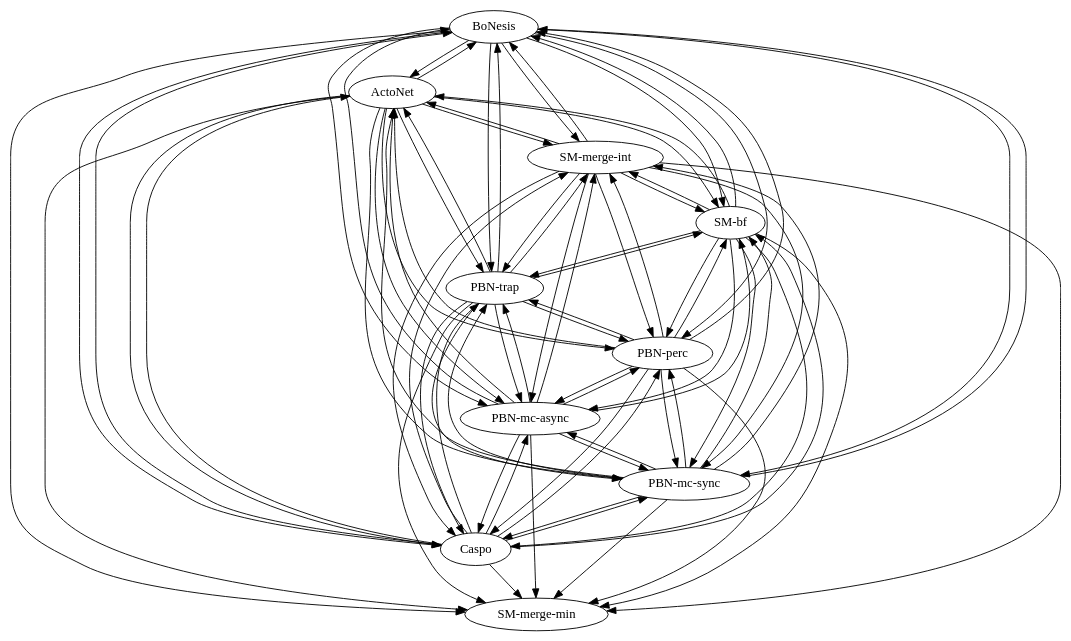
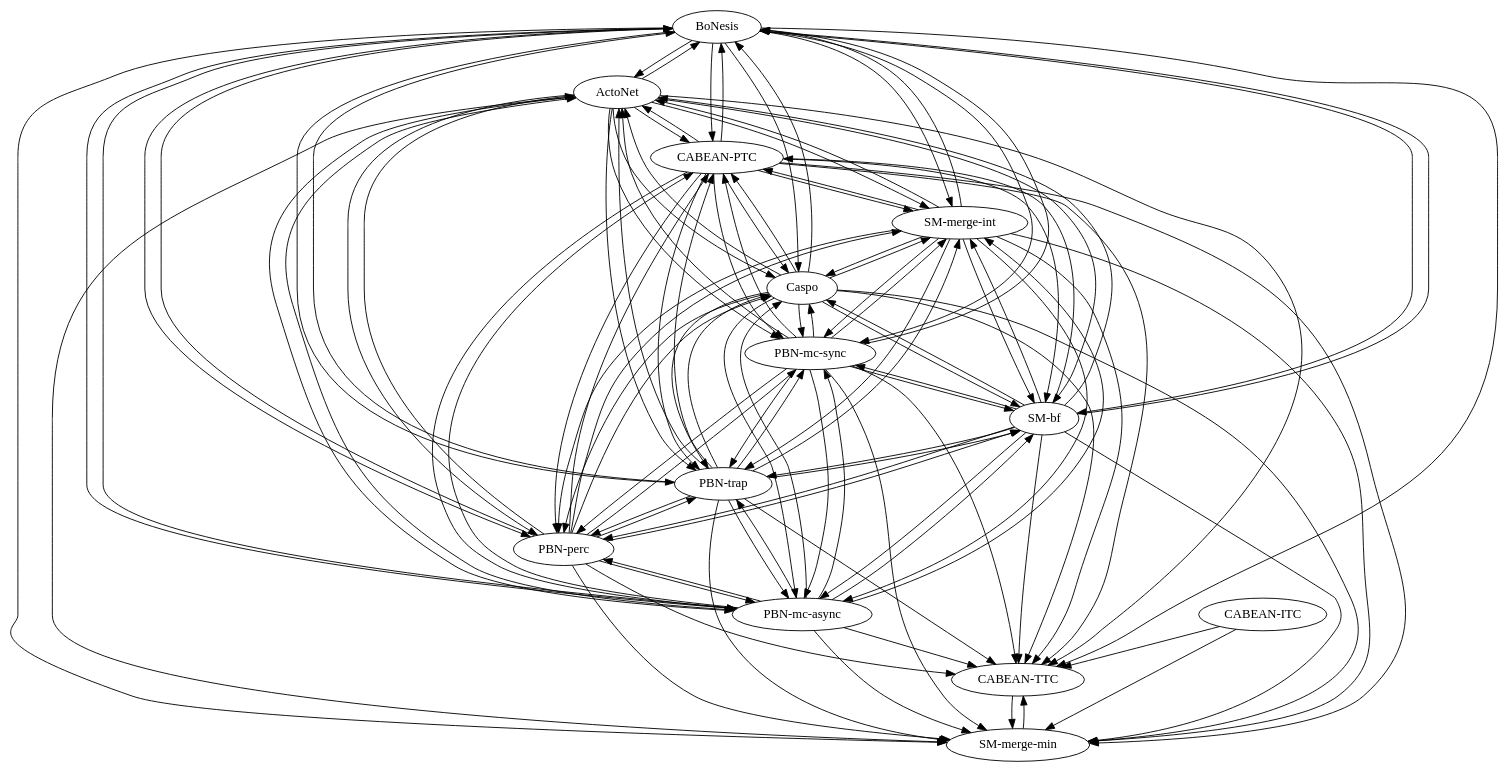
The diagram in experiments/results/counterexamples/ce_yes_R_no_P/_graph.dot (kalebmoon07/BN-control-taxonomy), drawn with Graphviz before and after one commit. The commit also changed 85 other files, not shown here.

```diff
--- a/experiments/results/counterexamples/ce_yes_R_no_P/_graph.dot
+++ b/experiments/results/counterexamples/ce_yes_R_no_P/_graph.dot
@@ -1,93 +1,129 @@
 strict digraph  {
 BoNesis;
 ActoNet;
 Caspo;
 "PBN-mc-sync";
 "PBN-mc-async";
 "PBN-perc";
 "PBN-trap";
 "SM-bf";
 "SM-merge-min";
 "SM-merge-int";
+"CABEAN-TTC";
+"CABEAN-PTC";
+"CABEAN-ITC";
 BoNesis -> ActoNet;
 BoNesis -> Caspo;
 BoNesis -> "PBN-mc-sync";
 BoNesis -> "PBN-mc-async";
 BoNesis -> "PBN-perc";
 BoNesis -> "PBN-trap";
 BoNesis -> "SM-bf";
 BoNesis -> "SM-merge-min";
 BoNesis -> "SM-merge-int";
+BoNesis -> "CABEAN-TTC";
+BoNesis -> "CABEAN-PTC";
 ActoNet -> BoNesis;
 ActoNet -> Caspo;
 ActoNet -> "PBN-mc-sync";
 ActoNet -> "PBN-mc-async";
 ActoNet -> "PBN-perc";
 ActoNet -> "PBN-trap";
 ActoNet -> "SM-bf";
 ActoNet -> "SM-merge-min";
 ActoNet -> "SM-merge-int";
+ActoNet -> "CABEAN-TTC";
+ActoNet -> "CABEAN-PTC";
 Caspo -> ActoNet;
 Caspo -> BoNesis;
 Caspo -> "PBN-mc-sync";
 Caspo -> "PBN-mc-async";
 Caspo -> "PBN-perc";
 Caspo -> "PBN-trap";
 Caspo -> "SM-bf";
 Caspo -> "SM-merge-min";
 Caspo -> "SM-merge-int";
+Caspo -> "CABEAN-TTC";
+Caspo -> "CABEAN-PTC";
 "PBN-mc-sync" -> ActoNet;
 "PBN-mc-sync" -> BoNesis;
 "PBN-mc-sync" -> Caspo;
 "PBN-mc-sync" -> "PBN-mc-async";
 "PBN-mc-sync" -> "PBN-perc";
 "PBN-mc-sync" -> "PBN-trap";
 "PBN-mc-sync" -> "SM-bf";
 "PBN-mc-sync" -> "SM-merge-min";
 "PBN-mc-sync" -> "SM-merge-int";
+"PBN-mc-sync" -> "CABEAN-TTC";
+"PBN-mc-sync" -> "CABEAN-PTC";
 "PBN-mc-async" -> ActoNet;
 "PBN-mc-async" -> BoNesis;
 "PBN-mc-async" -> Caspo;
 "PBN-mc-async" -> "PBN-mc-sync";
 "PBN-mc-async" -> "PBN-perc";
 "PBN-mc-async" -> "PBN-trap";
 "PBN-mc-async" -> "SM-bf";
 "PBN-mc-async" -> "SM-merge-min";
 "PBN-mc-async" -> "SM-merge-int";
+"PBN-mc-async" -> "CABEAN-TTC";
+"PBN-mc-async" -> "CABEAN-PTC";
 "PBN-perc" -> ActoNet;
 "PBN-perc" -> BoNesis;
 "PBN-perc" -> Caspo;
 "PBN-perc" -> "PBN-mc-sync";
 "PBN-perc" -> "PBN-mc-async";
 "PBN-perc" -> "PBN-trap";
 "PBN-perc" -> "SM-bf";
 "PBN-perc" -> "SM-merge-min";
 "PBN-perc" -> "SM-merge-int";
+"PBN-perc" -> "CABEAN-TTC";
+"PBN-perc" -> "CABEAN-PTC";
 "PBN-trap" -> ActoNet;
 "PBN-trap" -> BoNesis;
 "PBN-trap" -> Caspo;
 "PBN-trap" -> "PBN-mc-sync";
 "PBN-trap" -> "PBN-mc-async";
 "PBN-trap" -> "PBN-perc";
 "PBN-trap" -> "SM-bf";
 "PBN-trap" -> "SM-merge-min";
 "PBN-trap" -> "SM-merge-int";
+"PBN-trap" -> "CABEAN-TTC";
+"PBN-trap" -> "CABEAN-PTC";
 "SM-bf" -> ActoNet;
 "SM-bf" -> BoNesis;
 "SM-bf" -> Caspo;
 "SM-bf" -> "PBN-mc-sync";
 "SM-bf" -> "PBN-mc-async";
 "SM-bf" -> "PBN-perc";
 "SM-bf" -> "PBN-trap";
 "SM-bf" -> "SM-merge-min";
 "SM-bf" -> "SM-merge-int";
+"SM-bf" -> "CABEAN-TTC";
+"SM-bf" -> "CABEAN-PTC";
+"SM-merge-min" -> "CABEAN-TTC";
 "SM-merge-int" -> ActoNet;
 "SM-merge-int" -> BoNesis;
 "SM-merge-int" -> Caspo;
 "SM-merge-int" -> "PBN-mc-sync";
 "SM-merge-int" -> "PBN-mc-async";
 "SM-merge-int" -> "PBN-perc";
 "SM-merge-int" -> "PBN-trap";
 "SM-merge-int" -> "SM-bf";
 "SM-merge-int" -> "SM-merge-min";
+"SM-merge-int" -> "CABEAN-TTC";
+"SM-merge-int" -> "CABEAN-PTC";
+"CABEAN-TTC" -> "SM-merge-min";
+"CABEAN-PTC" -> ActoNet;
+"CABEAN-PTC" -> BoNesis;
+"CABEAN-PTC" -> Caspo;
+"CABEAN-PTC" -> "PBN-mc-sync";
+"CABEAN-PTC" -> "PBN-mc-async";
+"CABEAN-PTC" -> "PBN-perc";
+"CABEAN-PTC" -> "PBN-trap";
+"CABEAN-PTC" -> "SM-bf";
+"CABEAN-PTC" -> "SM-merge-min";
+"CABEAN-PTC" -> "SM-merge-int";
+"CABEAN-PTC" -> "CABEAN-TTC";
+"CABEAN-ITC" -> "SM-merge-min";
+"CABEAN-ITC" -> "CABEAN-TTC";
 }
```
